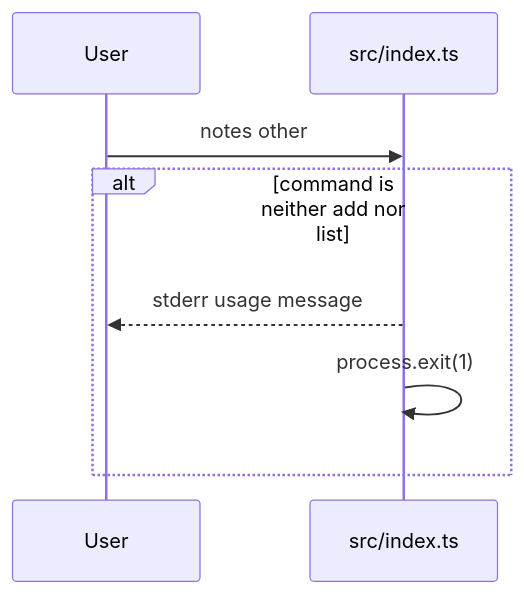
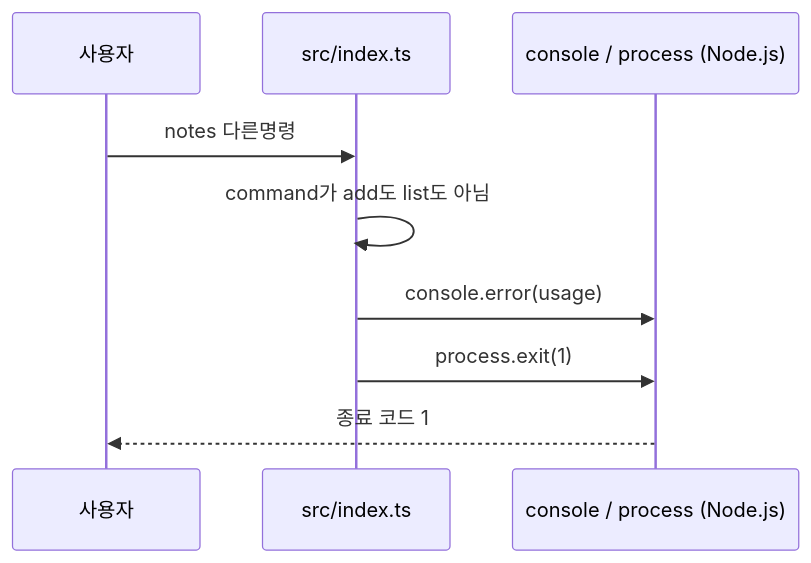
One commit to hxxnn/codemap changed the third of 3 diagrams in examples/ts-notes-cli/docs/codemap/sequence-flow.md. Above: the diagram before and after it, drawn with Mermaid. The commit also changed other lines of this file and 44 other files, not shown here.

````diff
--- a/examples/ts-notes-cli/docs/codemap/sequence-flow.md
+++ b/examples/ts-notes-cli/docs/codemap/sequence-flow.md
@@ -68,10 +75,11 @@
 ```mermaid
 sequenceDiagram
-  participant U as User
-  participant I as src/index.ts
-  U->>I: notes other
-  alt command is neither add nor list
-    I-->>U: stderr usage message
-    I->>I: process.exit(1)
-  end
+  participant U as 사용자
+  participant idx as src/index.ts
+  participant out as console / process (Node.js)
+  U->>idx: notes 다른명령
+  idx->>idx: command가 add도 list도 아님
+  idx->>out: console.error(usage)
+  idx->>out: process.exit(1)
+  out-->>U: 종료 코드 1
 ```
````
